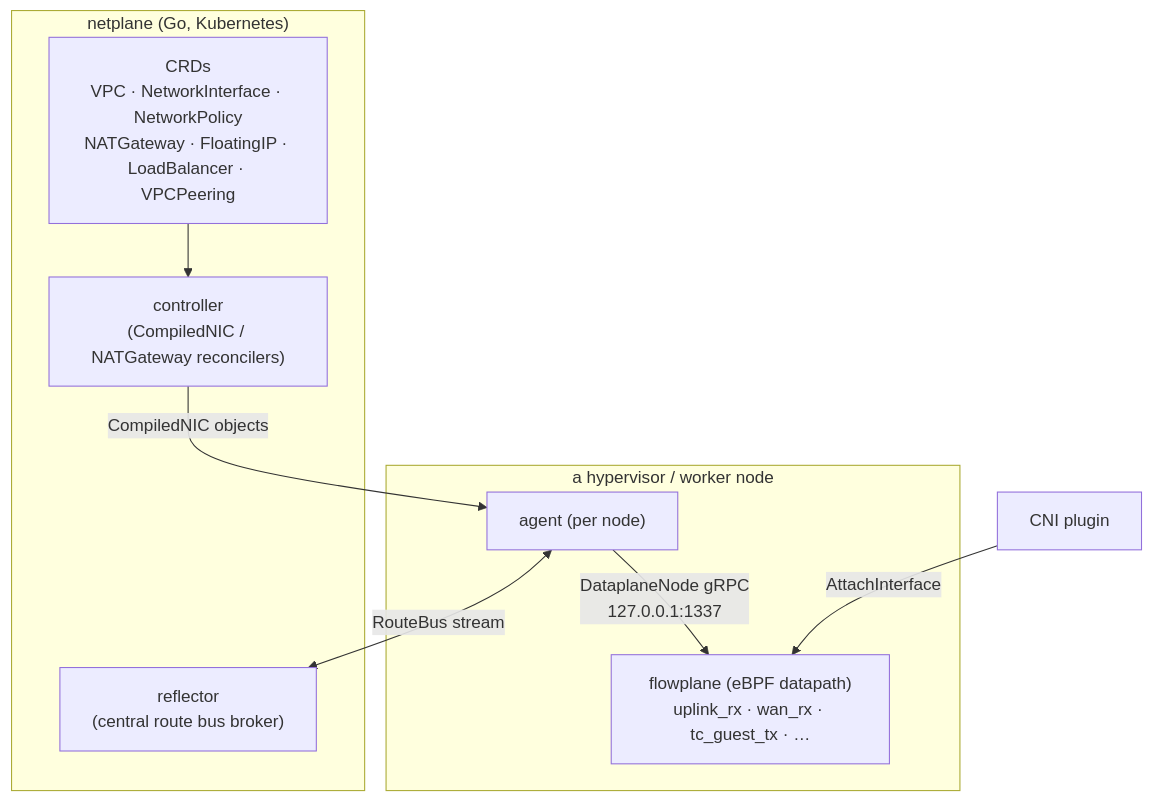
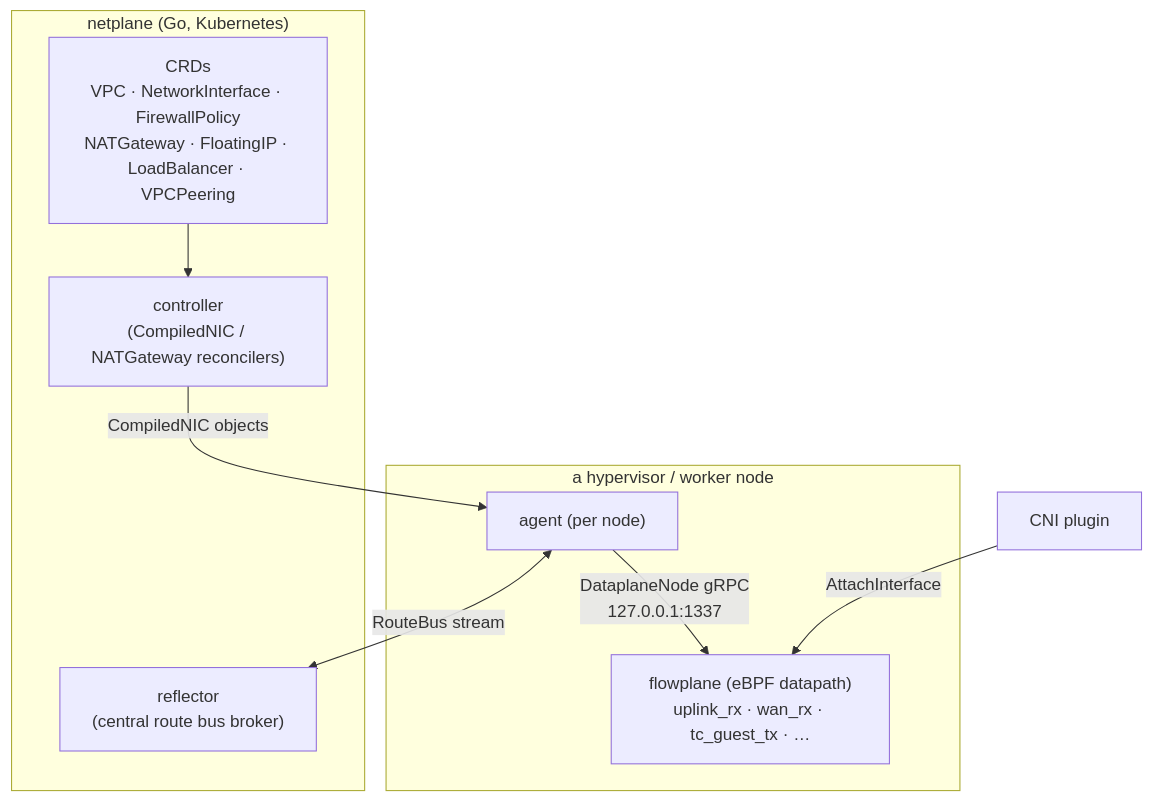
The diagram in docs/src/architecture/overview.md (trevex/ectobase), drawn with Mermaid before and after one commit. The commit also changed other lines of this file and 17 other files, not shown here.

Commit message:
refactor: update scenarios/docs/comments for FirewallPolicy + FloatingIP rename

````diff
--- a/docs/src/architecture/overview.md
+++ b/docs/src/architecture/overview.md
@@ -21,17 +21,17 @@
 ```mermaid
 flowchart TB
     subgraph cp["netplane (Go, Kubernetes)"]
-        crds["CRDs<br/>VPC · NetworkInterface · NetworkPolicy<br/>NATGateway · FloatingIP · LoadBalancer · VPCPeering"]
+        crds["CRDs<br/>VPC · NetworkInterface · FirewallPolicy<br/>NATGateway · FloatingIP · LoadBalancer · VPCPeering"]
         controller["controller<br/>(CompiledNIC / NATGateway reconcilers)"]
         reflector["reflector<br/>(central route bus broker)"]
         crds --> controller
     end
     subgraph node["a hypervisor / worker node"]
         agent["agent (per node)"]
         fp["flowplane (eBPF datapath)<br/>uplink_rx · wan_rx · tc_guest_tx · …"]
         agent -->|DataplaneNode gRPC<br/>127.0.0.1:1337| fp
     end
     controller -->|CompiledNIC objects| agent
     agent <-->|RouteBus stream| reflector
     cni["CNI plugin"] -->|AttachInterface| fp
 ```
````
